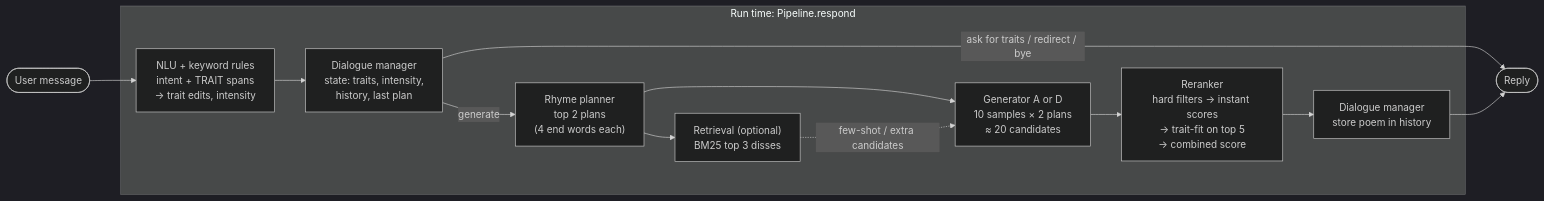
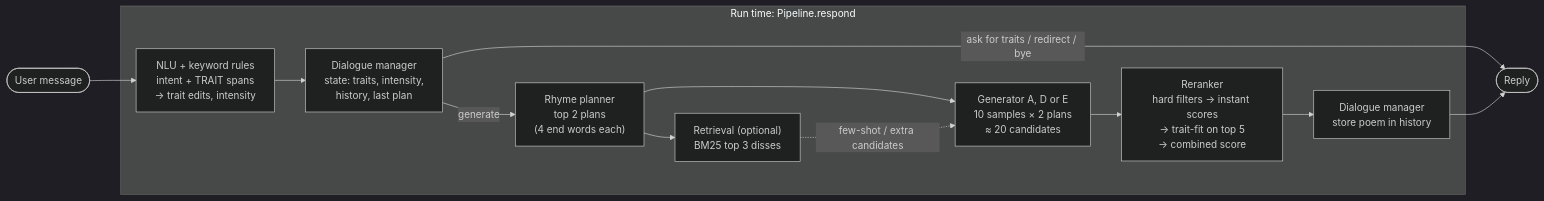
The first of 2 diagrams in ARCHITECTURE.md (SchoolWork-awork2103/CS425-Project), drawn with Mermaid (dark theme) before and after one commit. The commit also changed other lines of this file and 11 other files, not shown here.

````diff
--- a/ARCHITECTURE.md
+++ b/ARCHITECTURE.md
@@ -13,15 +13,15 @@
 ```mermaid
 flowchart LR
     U([User message]) --> NLU
     subgraph RT[Run time: Pipeline.respond]
         NLU["NLU + keyword rules<br/>intent + TRAIT spans<br/>→ trait edits, intensity"] --> DM["Dialogue manager<br/>state: traits, intensity,<br/>history, last plan"]
         DM -->|generate| PL["Rhyme planner<br/>top 2 plans<br/>(4 end words each)"]
         PL --> RET["Retrieval (optional)<br/>BM25 top 3 disses"]
-        PL --> GEN["Generator A or D<br/>10 samples × 2 plans<br/>≈ 20 candidates"]
+        PL --> GEN["Generator A, D or E<br/>10 samples × 2 plans<br/>≈ 20 candidates"]
         RET -. few-shot / extra candidates .-> GEN
         GEN --> RR["Reranker<br/>hard filters → instant scores<br/>→ trait-fit on top 5<br/>→ combined score"]
         RR --> DM2["Dialogue manager<br/>store poem in history"]
     end
     DM -->|ask for traits / redirect / bye| R([Reply])
     DM2 --> R
 ```
````
